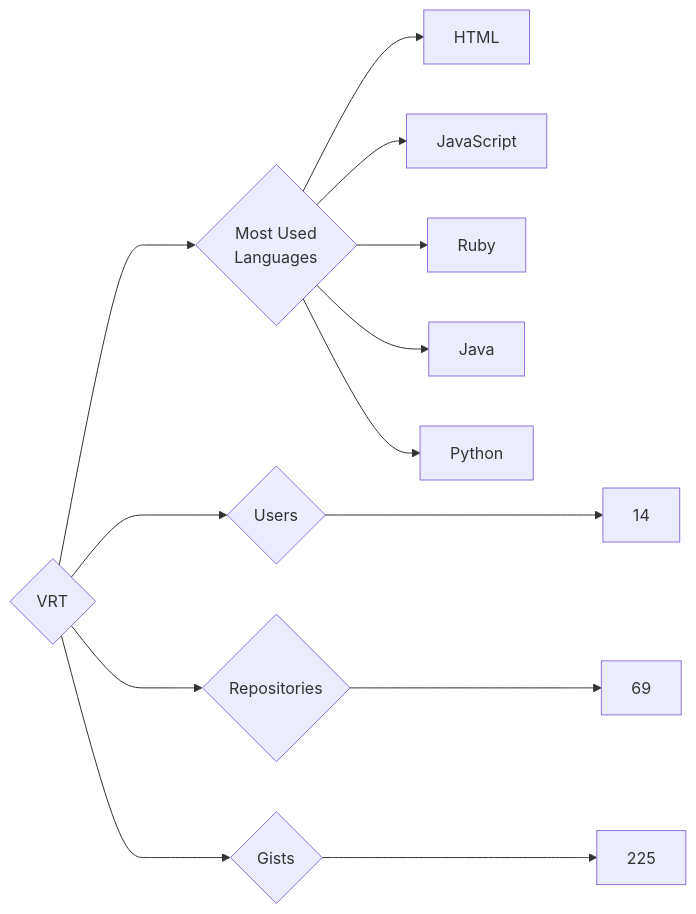
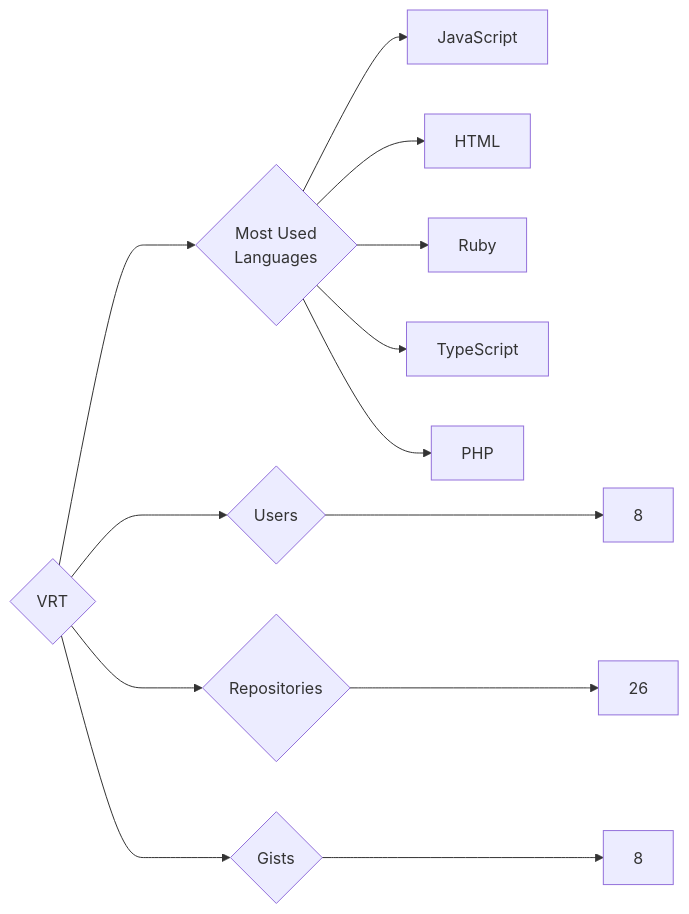
One commit to trickest/insiders changed the diagram in targets/VRT/README.md. Above: the diagram before and after it, drawn with Mermaid. The commit also changed 928 other files, not shown here.

````diff
--- a/targets/VRT/README.md
+++ b/targets/VRT/README.md
@@ -3,13 +3,13 @@
 ```mermaid
 graph LR
 COMPANY_NAME{VRT}
-COMPANY_NAME ---> U{Users} ---> UN[14]
-COMPANY_NAME ---> R{Repositories} ---> RN[69]
-COMPANY_NAME ---> G{Gists} ---> GN[225]
+COMPANY_NAME ---> U{Users} ---> UN[8]
+COMPANY_NAME ---> R{Repositories} ---> RN[26]
+COMPANY_NAME ---> G{Gists} ---> GN[8]
 COMPANY_NAME ---> ML{Most Used<br>Languages}
+ML --> JavaScript[JavaScript]
 ML --> HTML[HTML]
-ML --> JavaScript[JavaScript]
 ML --> Ruby[Ruby]
-ML --> Java[Java]
-ML --> Python[Python]
+ML --> TypeScript[TypeScript]
+ML --> PHP[PHP]
 ```
````
